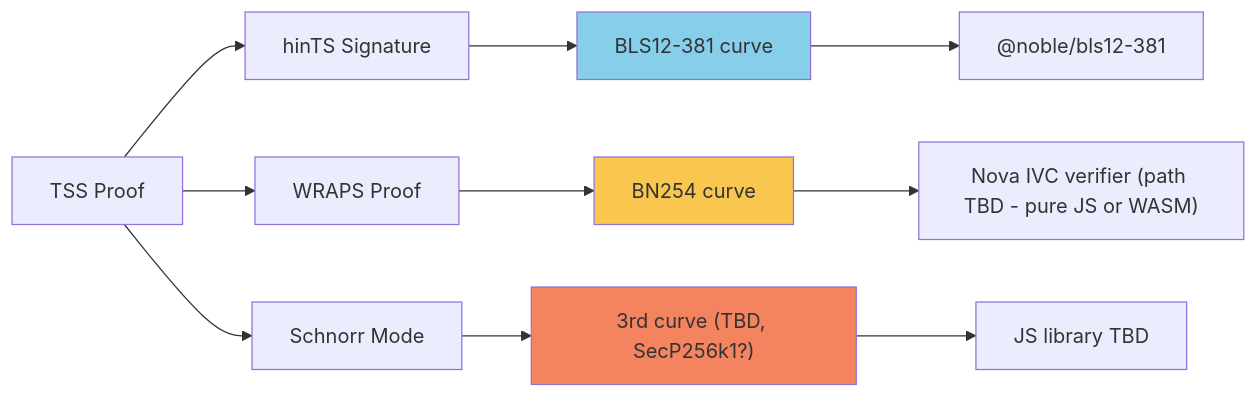
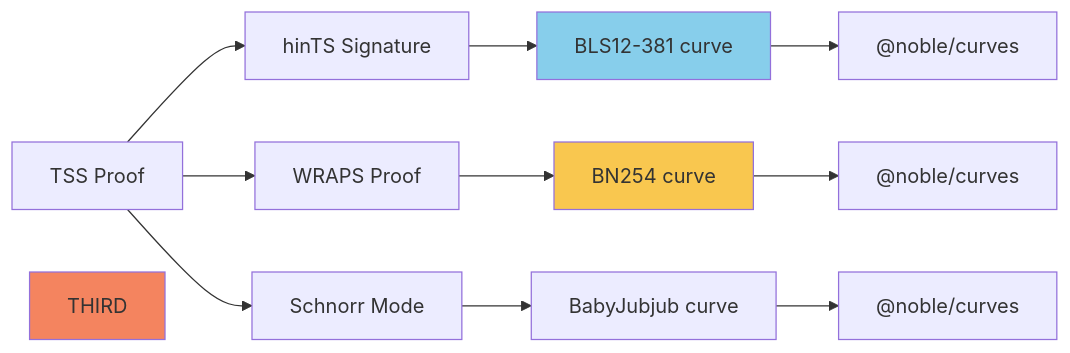
One commit to hiero-ledger/hiero-block-node changed the third of 3 diagrams in docs/design/js-tss-verification-library.md. Above: the diagram before and after it, drawn with Mermaid. The commit also changed other lines of this file, not shown here.

````diff
--- a/docs/design/js-tss-verification-library.md
+++ b/docs/design/js-tss-verification-library.md
@@ -552,18 +562,18 @@
 ```mermaid
 graph LR
     TSS["TSS Proof"] --> HINTS["hinTS Signature"]
     TSS --> WRAPS["WRAPS Proof"]
     TSS --> BOOT["Schnorr Mode"]
 
     HINTS --> BLS["BLS12-381 curve"]
     WRAPS --> BN["BN254 curve"]
-    BOOT --> THIRD["3rd curve (TBD, SecP256k1?)"]
+    BOOT --> BABY["BabyJubjub curve"]
 
-    BLS --> SNARK["@noble/bls12-381"]
-    BN --> SNARK2["Nova IVC verifier (path TBD - pure JS or WASM)"]
-    THIRD --> TBD["JS library TBD"]
+    BLS --> NOBLE1["@noble/curves"]
+    BN --> NOBLE2["@noble/curves"]
+    BABY --> NOBLE3["@noble/curves"]
 
     style BLS fill:#87ceeb
     style BN fill:#f9c74f
     style THIRD fill:#f4845f
 ```
````
